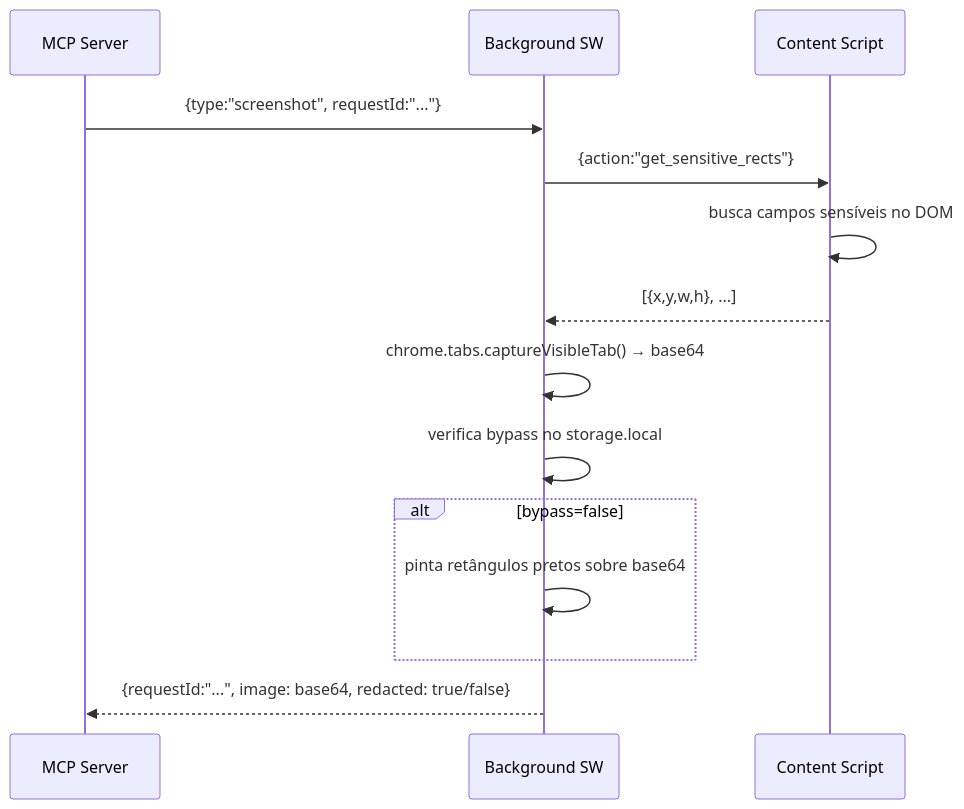
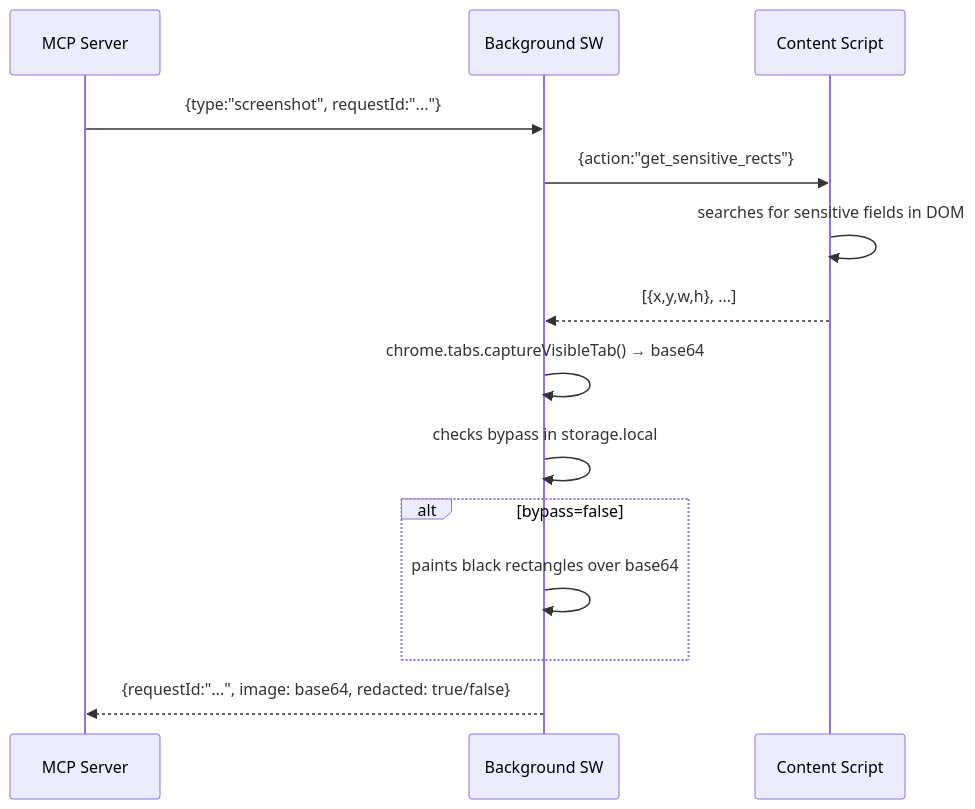
The third of 4 diagrams in extensions/beast-control/docs/architecture/DIAGRAM.md (MarcosAlves90/go-beast), drawn with Mermaid before and after one commit. The commit also changed other lines of this file and 29 other files, not shown here.

````diff
--- a/extensions/beast-control/docs/architecture/DIAGRAM.md
+++ b/extensions/beast-control/docs/architecture/DIAGRAM.md
@@ -71,17 +71,17 @@
 ```mermaid
 sequenceDiagram
     participant MCP as MCP Server
     participant BG as Background SW
     participant CS as Content Script
 
     MCP->>BG: {type:"screenshot", requestId:"..."}
     BG->>CS: {action:"get_sensitive_rects"}
-    CS->>CS: busca campos sensíveis no DOM
+    CS->>CS: searches for sensitive fields in DOM
     CS-->>BG: [{x,y,w,h}, ...]
     BG->>BG: chrome.tabs.captureVisibleTab() → base64
-    BG->>BG: verifica bypass no storage.local
+    BG->>BG: checks bypass in storage.local
     alt bypass=false
-        BG->>BG: pinta retângulos pretos sobre base64
+        BG->>BG: paints black rectangles over base64
     end
     BG-->>MCP: {requestId:"...", image: base64, redacted: true/false}
 ```
````
